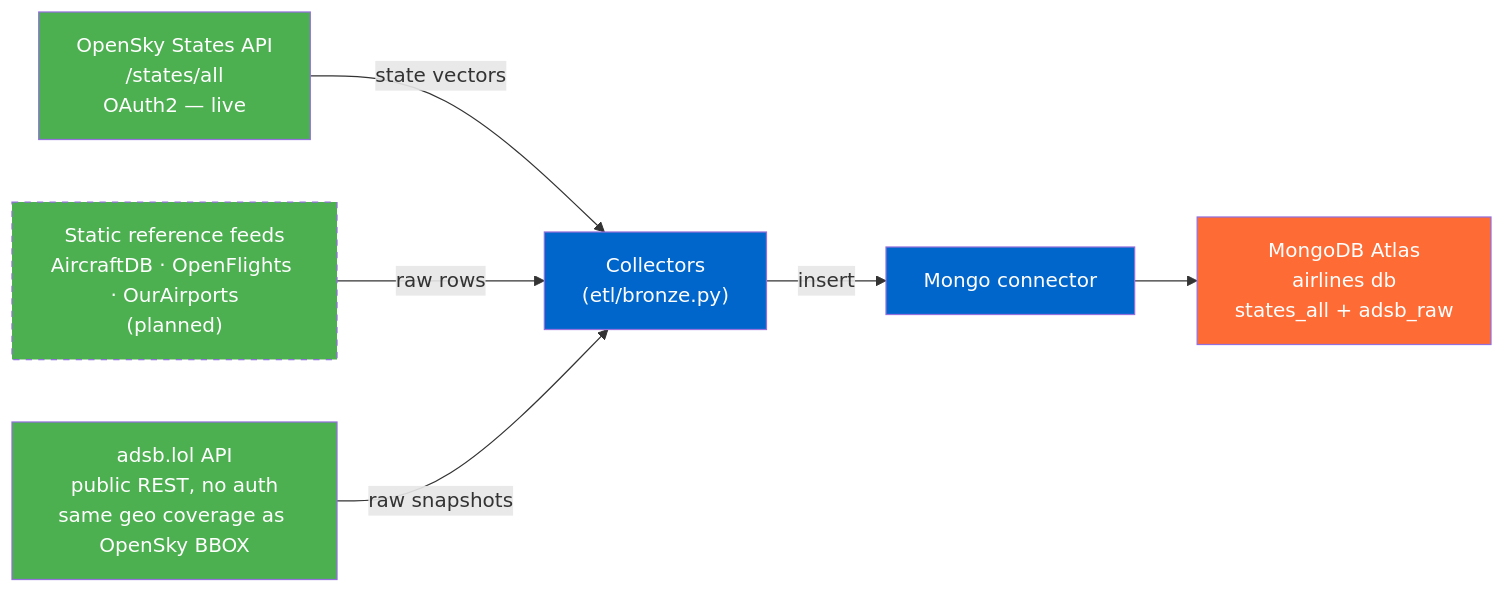
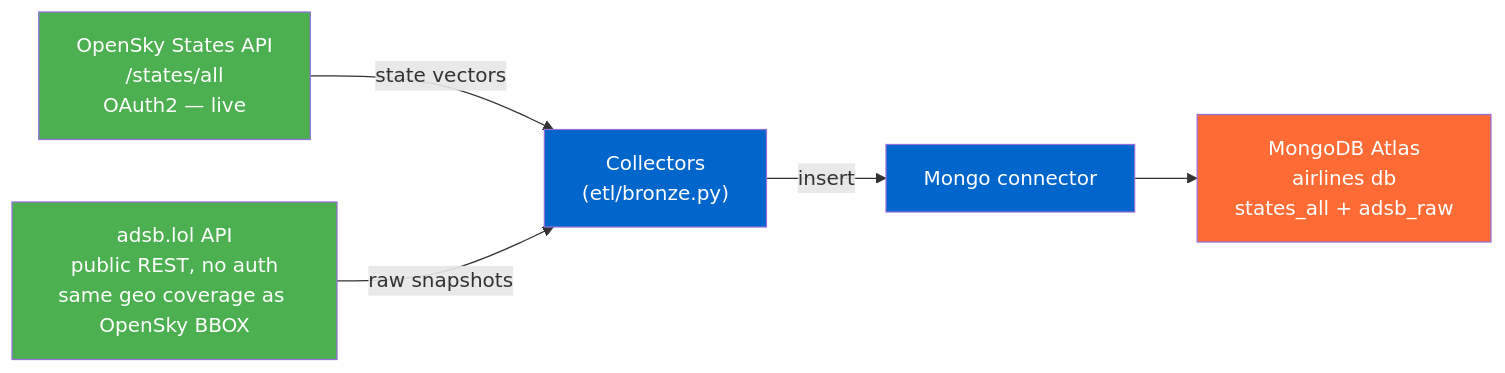
Before and after one commit to MatthiasSails/airline-data-platform: the first of 6 diagrams in docs/architecture/README.md, drawn with Mermaid. The commit also changed other lines of this file and 16 other files, not shown here.

First line of the commit message:
Remove orphaned Jupyter tooling, redesign landing page & architecture docs (#19)

````diff
--- a/docs/architecture/README.md
+++ b/docs/architecture/README.md
@@ -22,20 +23,17 @@
 ```mermaid
 graph LR
     OS["OpenSky States API<br/>/states/all<br/>OAuth2 — live"]
-    REF["Static reference feeds<br/>AircraftDB · OpenFlights · OurAirports<br/>(planned)"]
     ADSB["adsb.lol API<br/>public REST, no auth<br/>same geo coverage as OpenSky BBOX"]
 
     OS -->|state vectors| COL["Collectors<br/>(etl/bronze.py)"]
-    REF -->|raw rows| COL
     ADSB -->|raw snapshots| COL
 
     COL -->|insert| CON["Mongo connector"]
     CON --> MDB["MongoDB Atlas<br/>airlines db<br/>states_all + adsb_raw"]
 
     style OS fill:#4CAF50,color:#fff
-    style REF fill:#4CAF50,color:#fff,stroke-dasharray:5 5
     style ADSB fill:#4CAF50,color:#fff
     style COL fill:#0066CC,color:#fff
     style CON fill:#0066CC,color:#fff
     style MDB fill:#FF6B35,color:#fff
 ```
````
